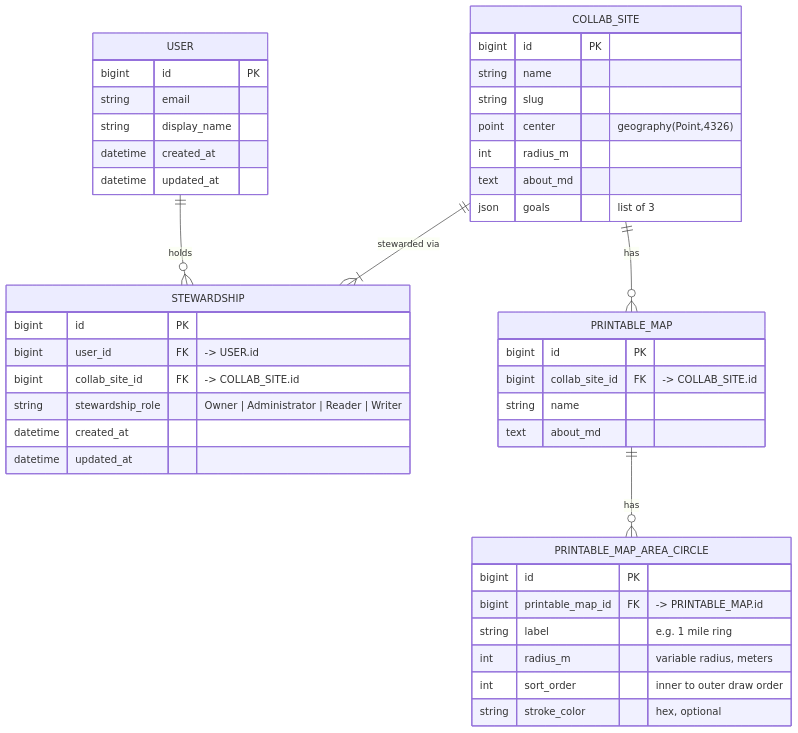
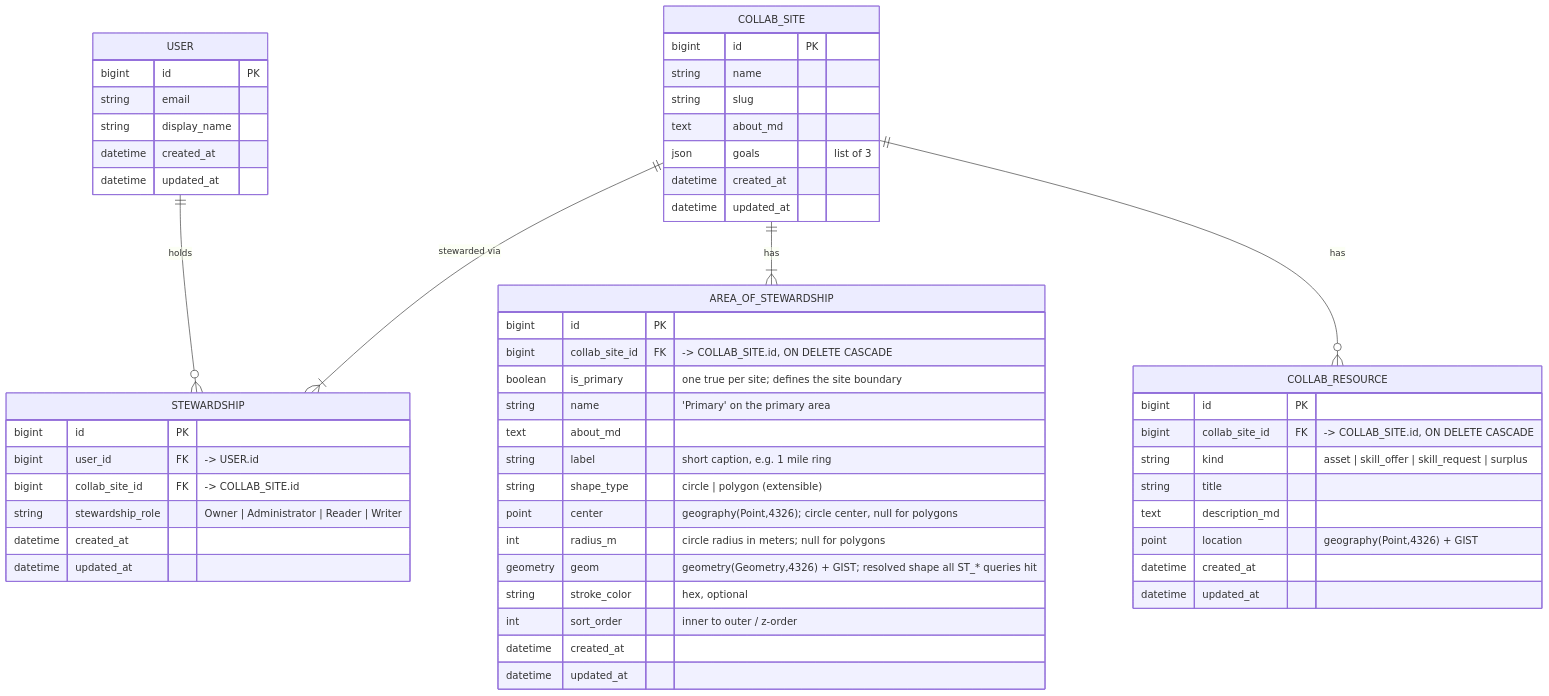
One commit to joegoggins/spnc changed the diagram in projects/collabornet/stories/SPNC-0007.radiusofstewardship.md. Above: the diagram before and after it, drawn with Mermaid. The commit also changed other lines of this file, not shown here.

Commit message:
Schema 1.0ish

````diff
--- a/projects/collabornet/stories/SPNC-0007.radiusofstewardship.md
+++ b/projects/collabornet/stories/SPNC-0007.radiusofstewardship.md
@@ -62,50 +62,62 @@
 ```mermaid
 erDiagram
     USER          ||--o{ STEWARDSHIP               : holds
     COLLAB_SITE   ||--|{ STEWARDSHIP               : "stewarded via"
-    COLLAB_SITE   ||--o{ PRINTABLE_MAP             : has
-    PRINTABLE_MAP ||--o{ PRINTABLE_MAP_AREA_CIRCLE : has
+    COLLAB_SITE   ||--|{ AREA_OF_STEWARDSHIP       : has
+    COLLAB_SITE   ||--o{ COLLAB_RESOURCE           : has
 
     USER {
         bigint   id PK
         string   email
         string   display_name
         datetime created_at
         datetime updated_at
     }
 
     STEWARDSHIP {
         bigint   id PK
         bigint   user_id FK "-> USER.id"
         bigint   collab_site_id FK "-> COLLAB_SITE.id"
         string   stewardship_role "Owner | Administrator | Reader | Writer"
         datetime created_at
         datetime updated_at
     }
 
     COLLAB_SITE {
         bigint   id PK
         string   name
         string   slug
-        point    center "geography(Point,4326)"
-        int      radius_m
         text     about_md
         json     goals "list of 3"
+        datetime created_at
+        datetime updated_at
     }
 
-    PRINTABLE_MAP {
-        bigint   id PK
-        bigint   collab_site_id FK "-> COLLAB_SITE.id"
-        string   name
-        text     about_md
+    AREA_OF_STEWARDSHIP {
+        bigint     id PK
+        bigint     collab_site_id FK "-> COLLAB_SITE.id, ON DELETE CASCADE"
+        boolean    is_primary "one true per site; defines the site boundary"
+        string     name "'Primary' on the primary area"
+        text       about_md
+        string     label "short caption, e.g. 1 mile ring"
+        string     shape_type "circle | polygon (extensible)"
+        point      center "geography(Point,4326); circle center, null for polygons"
+        int        radius_m "circle radius in meters; null for polygons"
+        geometry   geom "geometry(Geometry,4326) + GIST; resolved shape all ST_* queries hit"
+        string     stroke_color "hex, optional"
+        int        sort_order "inner to outer / z-order"
+        datetime   created_at
+        datetime   updated_at
     }
 
-    PRINTABLE_MAP_AREA_CIRCLE {
-        bigint   id PK
-        bigint   printable_map_id FK "-> PRINTABLE_MAP.id"
-        string   label "e.g. 1 mile ring"
-        int      radius_m "variable radius, meters"
-        int      sort_order "inner to outer draw order"
-        string   stroke_color "hex, optional"
+    COLLAB_RESOURCE {
+        bigint     id PK
+        bigint     collab_site_id FK "-> COLLAB_SITE.id, ON DELETE CASCADE"
+        string     kind "asset | skill_offer | skill_request | surplus"
+        string     title
+        text       description_md
+        point      location "geography(Point,4326) + GIST"
+        datetime   created_at
+        datetime   updated_at
     }
 ```
````
